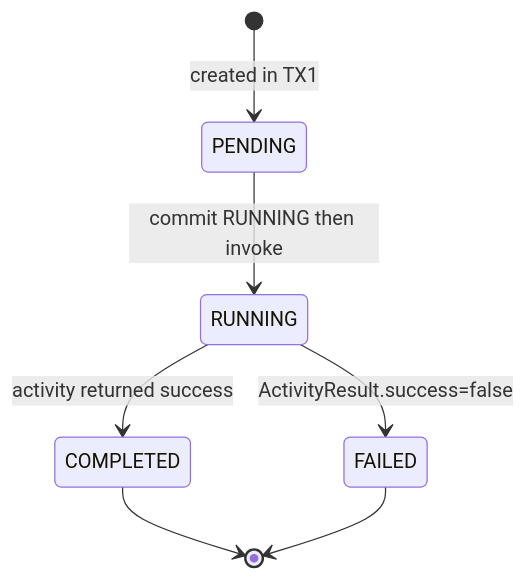
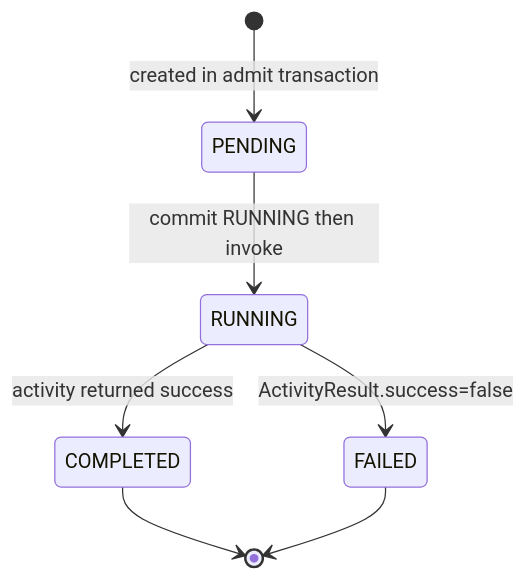
Before and after one commit to ganeshpc/distributed-workflow-engine: the fourth of 9 diagrams in docs/architecture.md, drawn with Mermaid. The commit also changed other lines of this file and 21 other files, not shown here.

````diff
--- a/docs/architecture.md
+++ b/docs/architecture.md
@@ -320,9 +320,9 @@
 ```mermaid
 stateDiagram-v2
-  [*] --> PENDING: created in TX1
+  [*] --> PENDING: created in admit transaction
   PENDING --> RUNNING: commit RUNNING then invoke
   RUNNING --> COMPLETED: activity returned success
   RUNNING --> FAILED: ActivityResult.success=false
   COMPLETED --> [*]
   FAILED --> [*]
 ```
````
